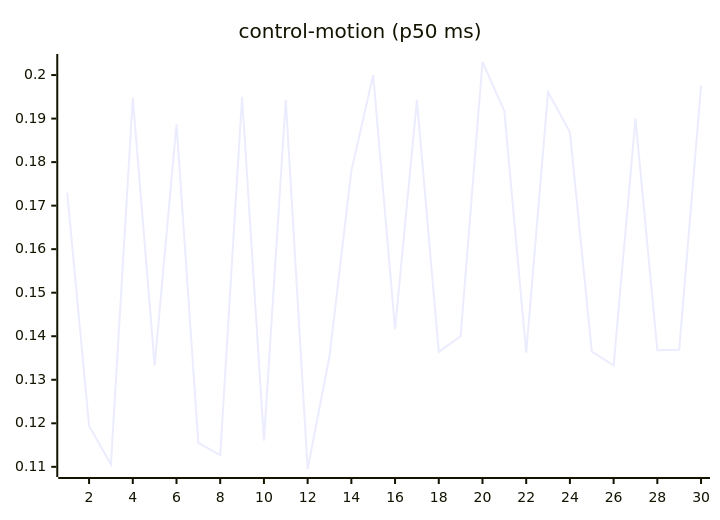
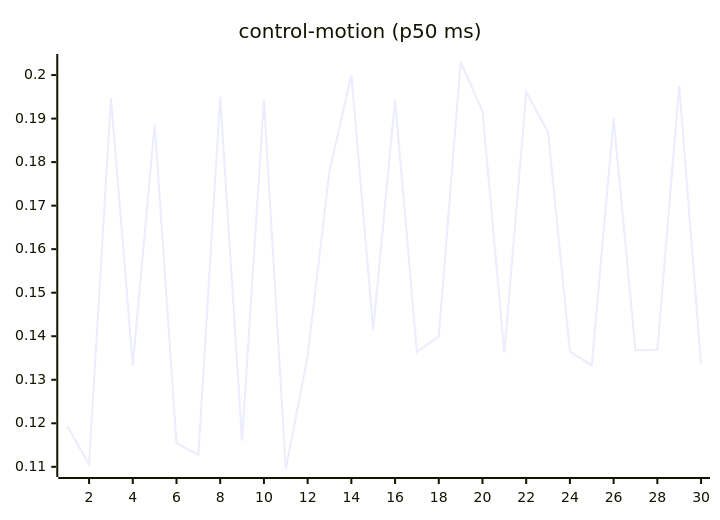
The seventh of 27 diagrams in README.md (josha/Facet), drawn with Mermaid before and after one commit. The commit also changed other lines of this file and 2 other files, not shown here.

````diff
--- a/README.md
+++ b/README.md
@@ -105,6 +105,6 @@
 ```mermaid
 xychart-beta
     title "control-motion (p50 ms)"
     x-axis 1 --> 30
-    line [0.1730, 0.1194, 0.1106, 0.1948, 0.1333, 0.1887, 0.1155, 0.1127, 0.1950, 0.1160, 0.1943, 0.1095, 0.1354, 0.1780, 0.2000, 0.1416, 0.1943, 0.1364, 0.1400, 0.2030, 0.1917, 0.1362, 0.1961, 0.1869, 0.1365, 0.1333, 0.1900, 0.1368, 0.1369, 0.1976]
+    line [0.1194, 0.1106, 0.1948, 0.1333, 0.1887, 0.1155, 0.1127, 0.1950, 0.1160, 0.1943, 0.1095, 0.1354, 0.1780, 0.2000, 0.1416, 0.1943, 0.1364, 0.1400, 0.2030, 0.1917, 0.1362, 0.1961, 0.1869, 0.1365, 0.1333, 0.1900, 0.1368, 0.1369, 0.1976, 0.1336]
 ```
````
